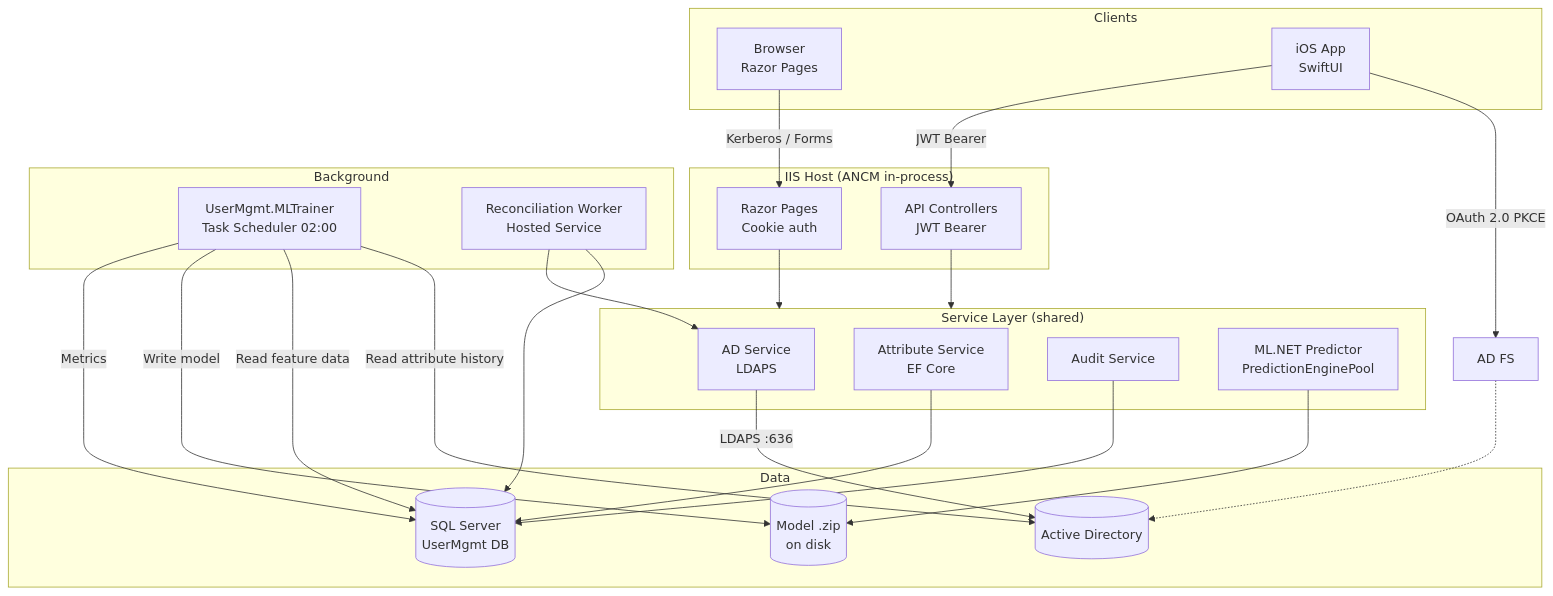
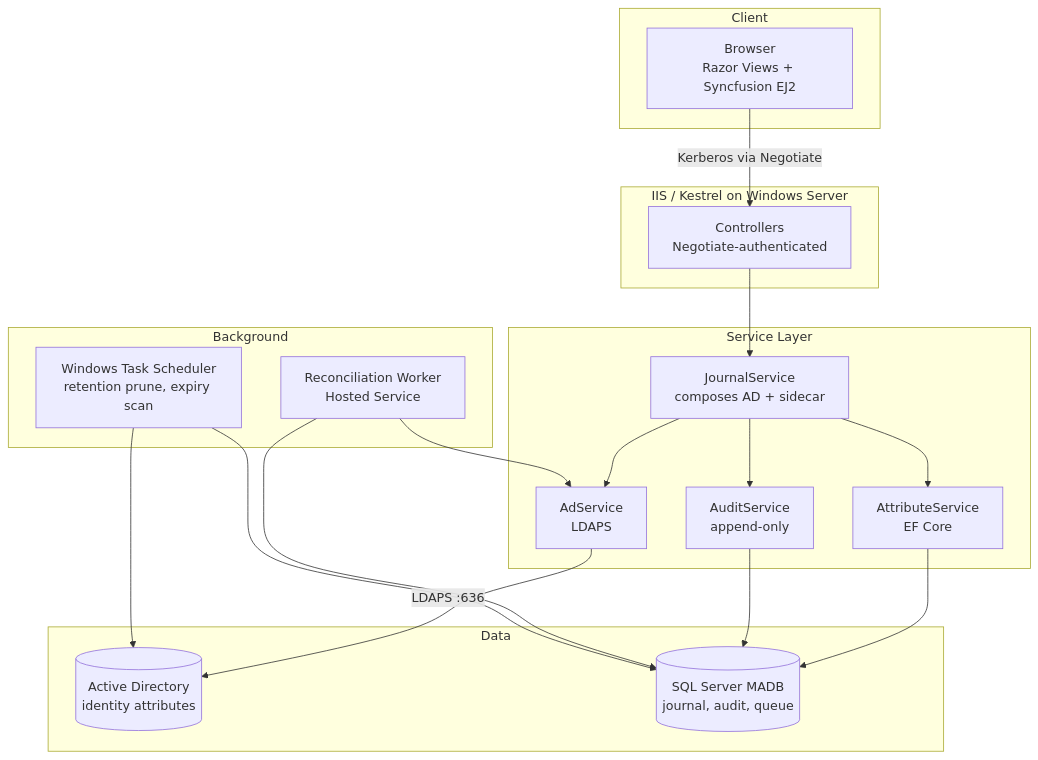
Before and after one commit to arthurkahwa/ad-user-management: the first of 5 diagrams in README.md, drawn with Mermaid. The commit also changed other lines of this file, not shown here.

````diff
--- a/README.md
+++ b/README.md
@@ -120,50 +125,42 @@
 ```mermaid
 graph TD
-    subgraph Clients
-        Browser[Browser<br/>Razor Pages]
-        iOS[iOS App<br/>SwiftUI]
+    subgraph Client
+        Browser[Browser<br/>Razor Views + Syncfusion EJ2]
     end
 
-    subgraph IIS["IIS Host (ANCM in-process)"]
-        Razor[Razor Pages<br/>Cookie auth]
-        API[API Controllers<br/>JWT Bearer]
+    subgraph IIS["IIS / Kestrel on Windows Server"]
+        MVC[Controllers<br/>Negotiate-authenticated]
     end
 
-    subgraph Services["Service Layer (shared)"]
-        ADSvc[AD Service<br/>LDAPS]
-        AttrSvc[Attribute Service<br/>EF Core]
-        AuditSvc[Audit Service]
-        MLPred[ML.NET Predictor<br/>PredictionEnginePool]
+    subgraph Services["Service Layer"]
+        Journal[JournalService<br/>composes AD + sidecar]
+        ADSvc[AdService<br/>LDAPS]
+        AttrSvc[AttributeService<br/>EF Core]
+        AuditSvc[AuditService<br/>append-only]
     end
 
     subgraph Data
-        AD[(Active Directory)]
-        SQL[(SQL Server<br/>UserMgmt DB)]
-        Model[(Model .zip<br/>on disk)]
+        AD[(Active Directory<br/>identity attributes)]
+        SQL[(SQL Server MADB<br/>journal, audit, queue)]
     end
 
     subgraph Background
-        Trainer[UserMgmt.MLTrainer<br/>Task Scheduler 02:00]
         Retry[Reconciliation Worker<br/>Hosted Service]
+        Scheduler[Windows Task Scheduler<br/>retention prune, expiry scan]
     end
 
-    Browser -->|Kerberos / Forms| Razor
-    iOS -->|OAuth 2.0 PKCE| ADFS[AD FS]
-    iOS -->|JWT Bearer| API
-    ADFS -.-> AD
-
-    Razor --> Services
-    API --> Services
+    Browser -->|Kerberos via Negotiate| MVC
+    MVC --> Journal
+    Journal --> ADSvc
+    Journal --> AttrSvc
+    Journal --> AuditSvc
 
     ADSvc -->|LDAPS :636| AD
     AttrSvc --> SQL
     AuditSvc --> SQL
-    MLPred --> Model
 
-    Trainer -->|Read attribute history| AD
-    Trainer -->|Read feature data| SQL
-    Trainer -->|Write model| Model
-    Trainer -->|Metrics| SQL
     Retry --> SQL
     Retry --> ADSvc
+    Scheduler --> SQL
+    Scheduler --> AD
 ```
````
